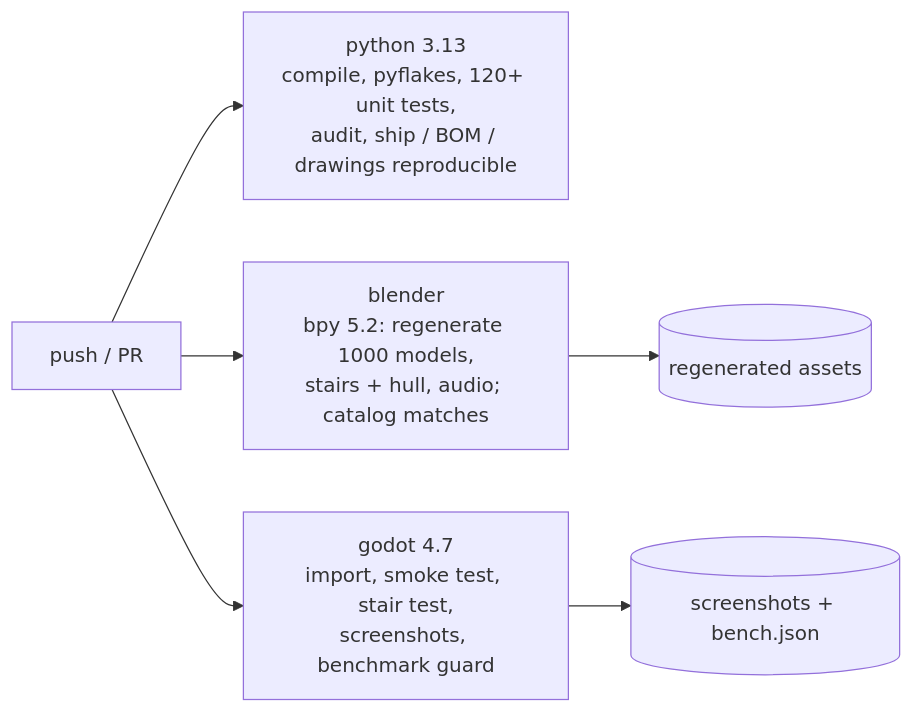
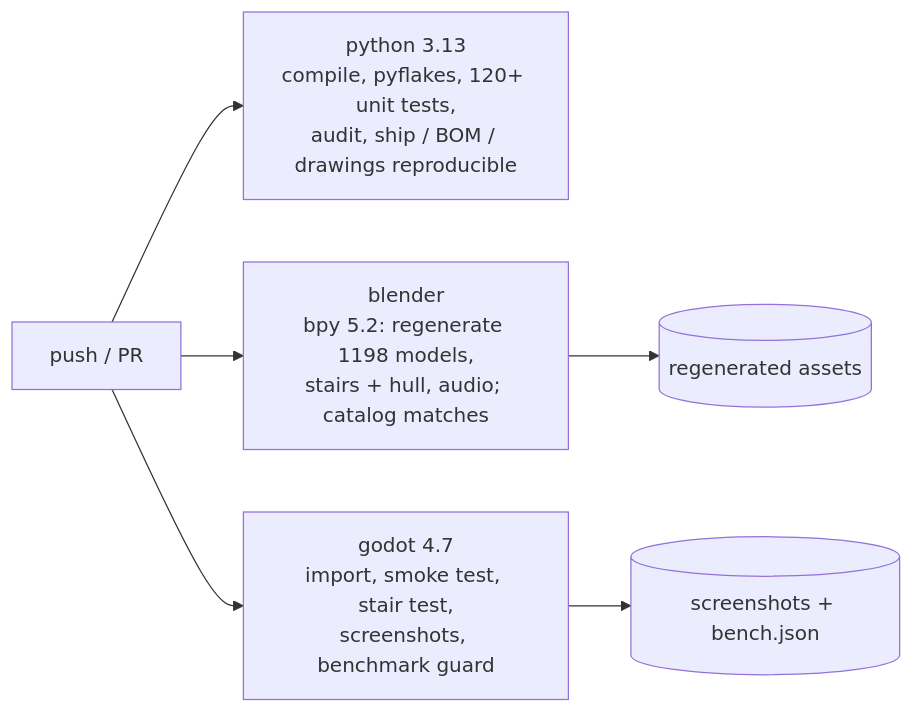
One commit to jgyy/starshipgo changed the third of 3 diagrams in README.md. Above: the diagram before and after it, drawn with Mermaid. The commit also changed other lines of this file and 1216 other files, not shown here.

````diff
--- a/README.md
+++ b/README.md
@@ -179,8 +179,8 @@
 ```mermaid
 flowchart LR
     PR[push / PR] --> PY[python 3.13<br/>compile, pyflakes, 120+ unit tests,<br/>audit, ship / BOM / drawings reproducible]
-    PR --> BL[blender<br/>bpy 5.2: regenerate 1000 models,<br/>stairs + hull, audio; catalog matches]
+    PR --> BL[blender<br/>bpy 5.2: regenerate 1198 models,<br/>stairs + hull, audio; catalog matches]
     PR --> GD[godot 4.7<br/>import, smoke test, stair test,<br/>screenshots, benchmark guard]
     GD --> A[(screenshots + bench.json)]
     BL --> A2[(regenerated assets)]
 ```
````
